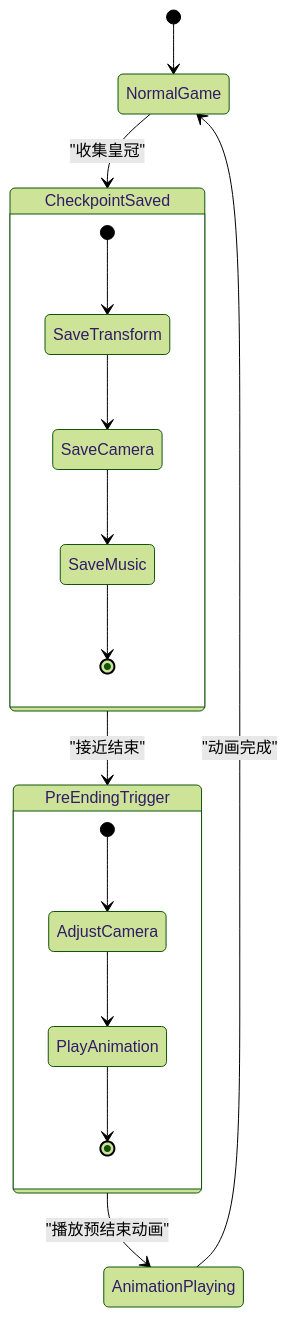
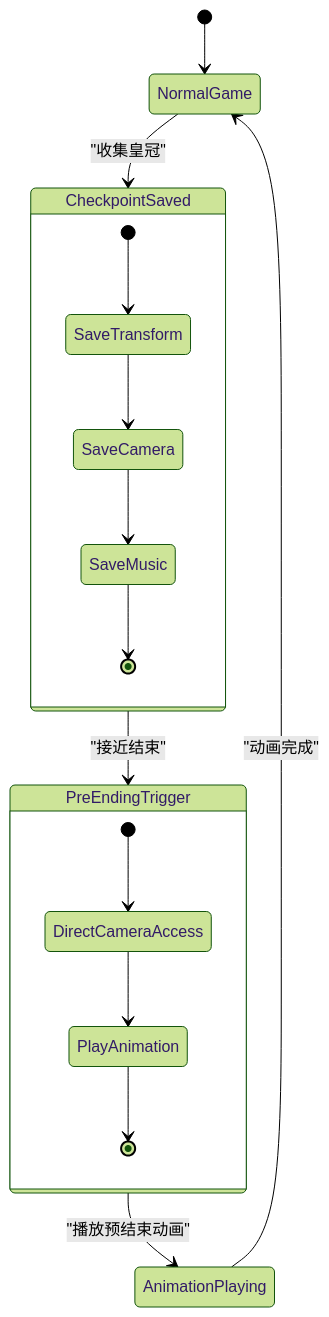
Before and after one commit to godotline/godot-line: the fifth of 6 diagrams in .qoder/repowiki/zh/content/游戏系统/触发器系统/预结束触发器.md, drawn with Mermaid (forest theme). The commit also changed other lines of this file and 13 other files, not shown here.

````diff
--- a/.qoder/repowiki/zh/content/游戏系统/触发器系统/预结束触发器.md
+++ b/.qoder/repowiki/zh/content/游戏系统/触发器系统/预结束触发器.md
@@ -242,19 +224,19 @@
 ```mermaid
 stateDiagram-v2
 [*] --> NormalGame
 NormalGame --> CheckpointSaved : "收集皇冠"
 CheckpointSaved --> PreEndingTrigger : "接近结束"
 PreEndingTrigger --> AnimationPlaying : "播放预结束动画"
 AnimationPlaying --> NormalGame : "动画完成"
 state CheckpointSaved {
 [*] --> SaveTransform
 SaveTransform --> SaveCamera
 SaveCamera --> SaveMusic
 SaveMusic --> [*]
 }
 state PreEndingTrigger {
-[*] --> AdjustCamera
-AdjustCamera --> PlayAnimation
+[*] --> DirectCameraAccess
+DirectCameraAccess --> PlayAnimation
 PlayAnimation --> [*]
 }
 ```
````
